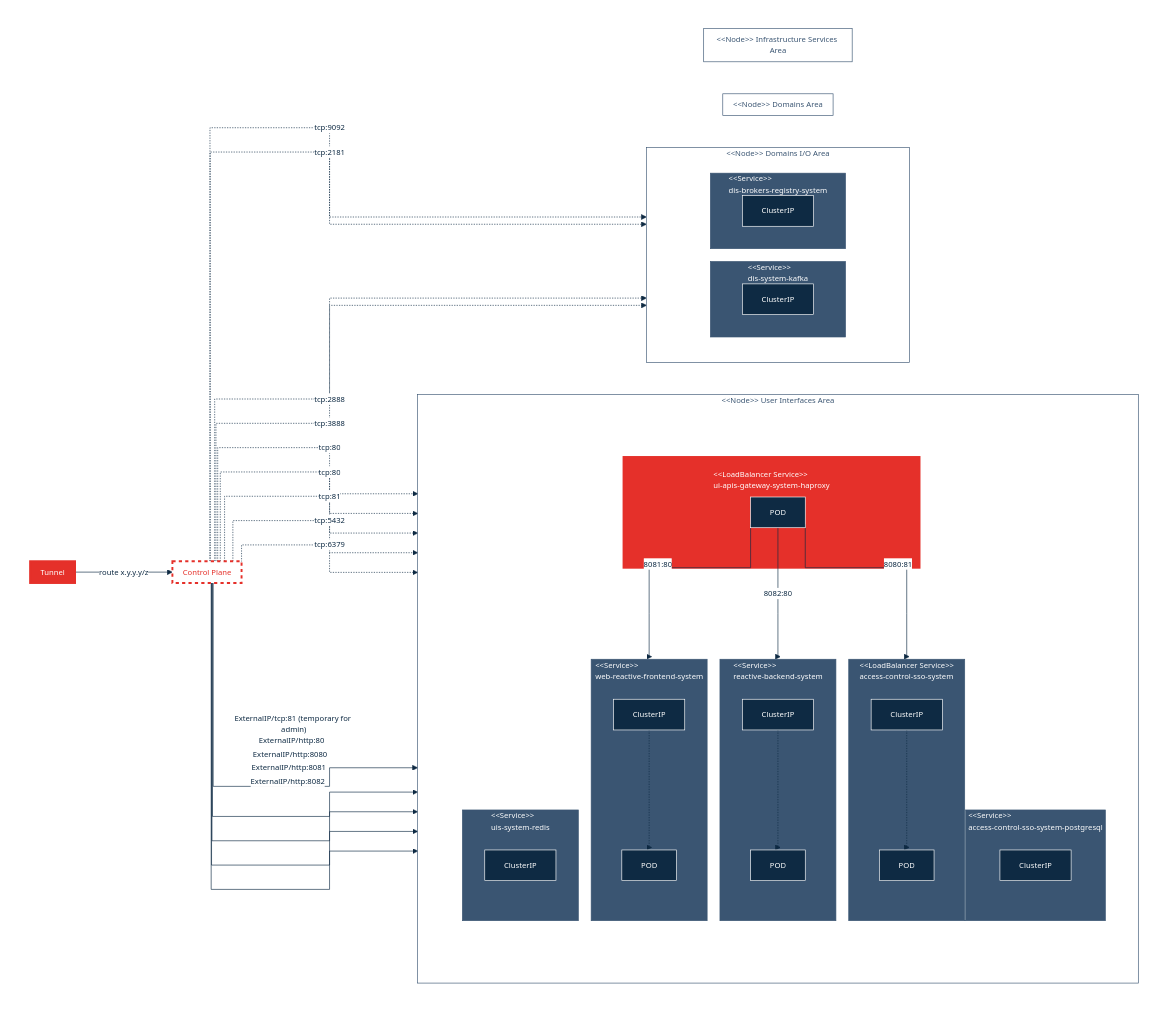
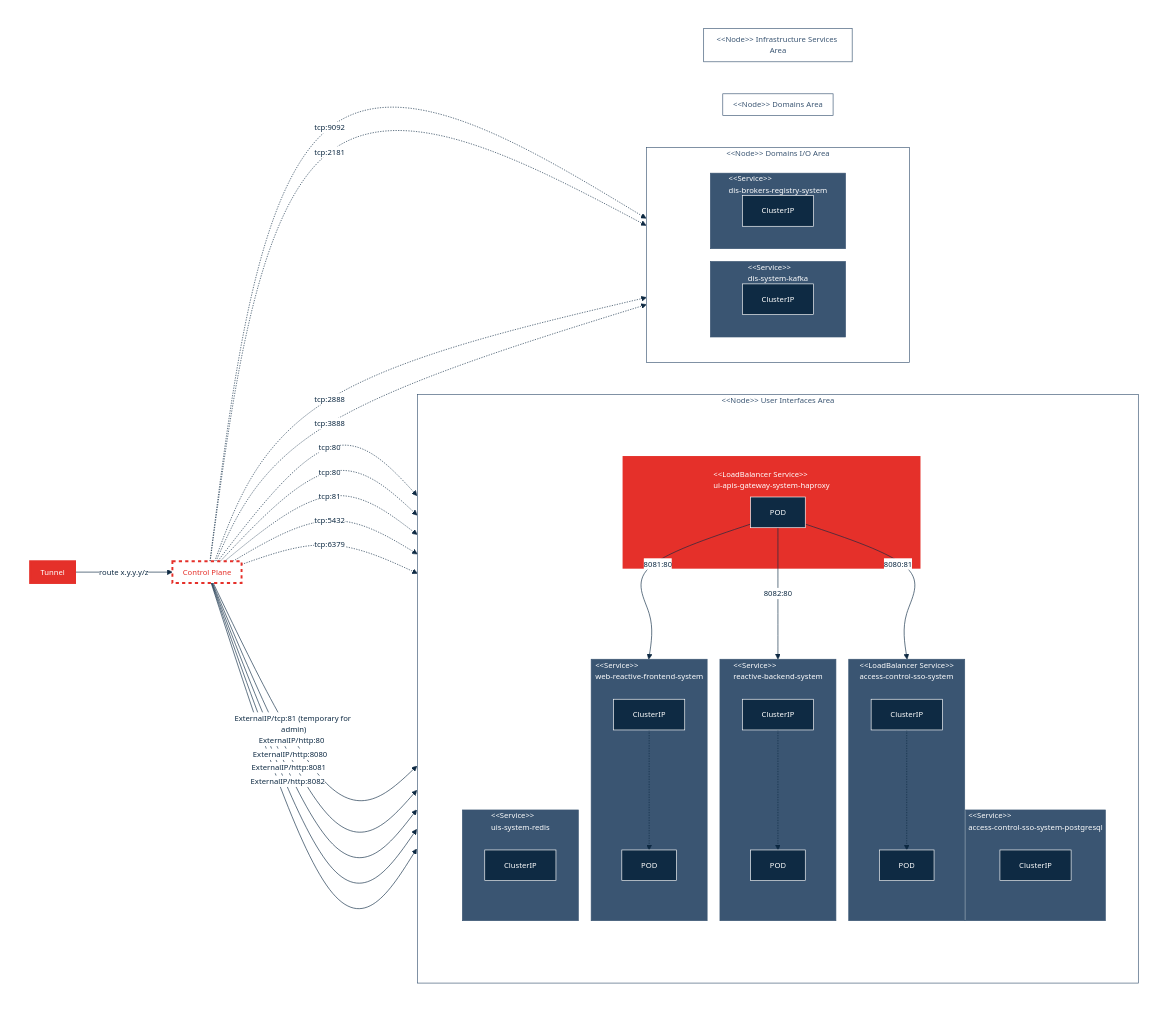
One commit to cybnity/foundation changed the diagram in implementations-line/systems/README.md. Above: the diagram before and after it, drawn with Mermaid.

```diff
--- a/implementations-line/systems/README.md
+++ b/implementations-line/systems/README.md
@@ -95,7 +95,7 @@
         'noteTextColor': '#fff',
         'noteBorderColor': '#fff'
     },
-    'flowchart': { 'curve': 'stepBefore' }
+    'flowchart': { 'curve': 'natural' }
   }
 }%%
 flowchart LR
```
